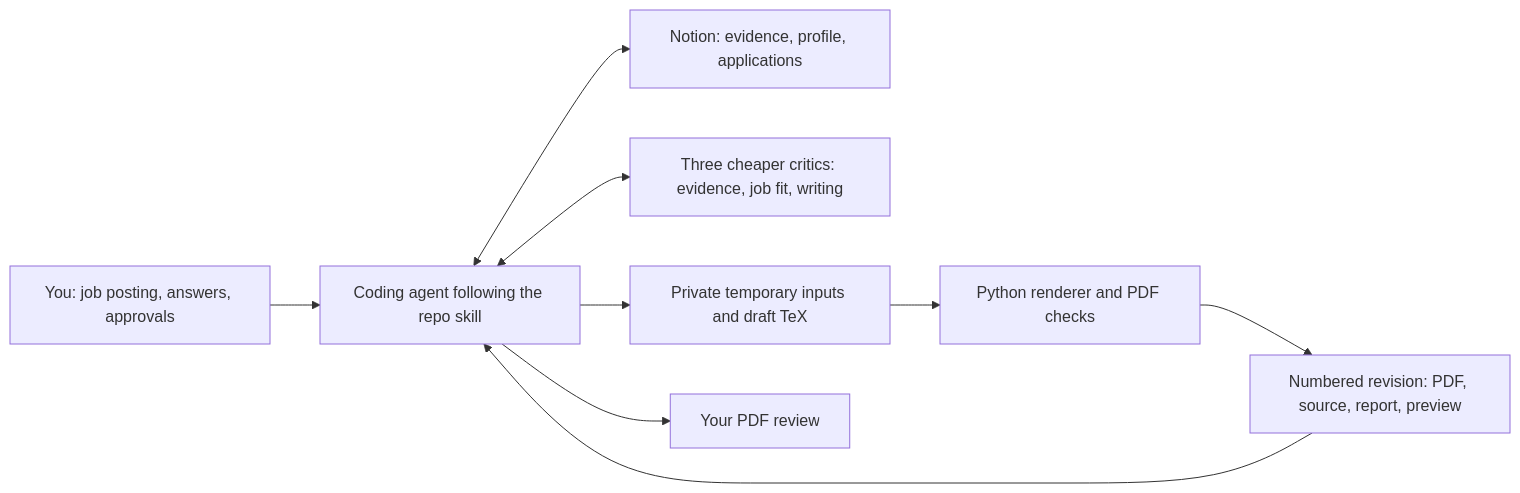
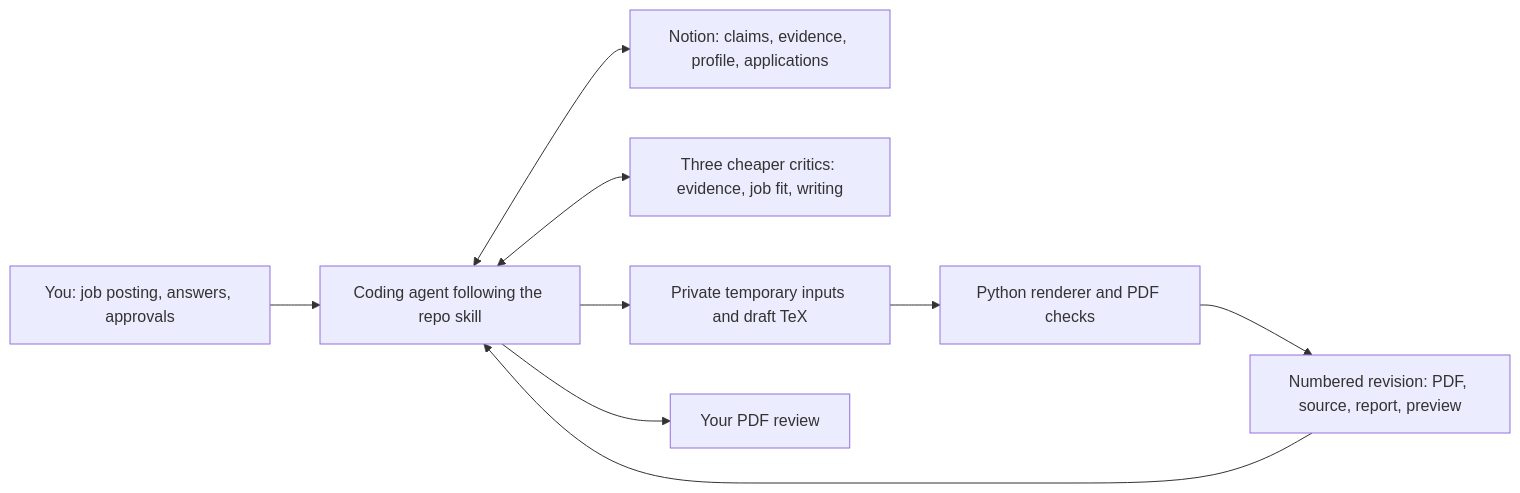
The diagram in docs/resume-studio.md (jakebodea/personal-website), drawn with Mermaid before and after one commit. The commit also changed other lines of this file and 9 other files, not shown here.

````diff
--- a/docs/resume-studio.md
+++ b/docs/resume-studio.md
@@ -12,11 +12,11 @@
 ```mermaid
 flowchart LR
     User["You: job posting, answers, approvals"] --> Agent["Coding agent following the repo skill"]
-    Agent <--> Notion["Notion: evidence, profile, applications"]
+    Agent <--> Notion["Notion: claims, evidence, profile, applications"]
     Agent <--> Critics["Three cheaper critics: evidence, job fit, writing"]
     Agent --> Local["Private temporary inputs and draft TeX"]
     Local --> Renderer["Python renderer and PDF checks"]
     Renderer --> Revision["Numbered revision: PDF, source, report, preview"]
     Revision --> Agent
     Agent --> Review["Your PDF review"]
 ```
````
